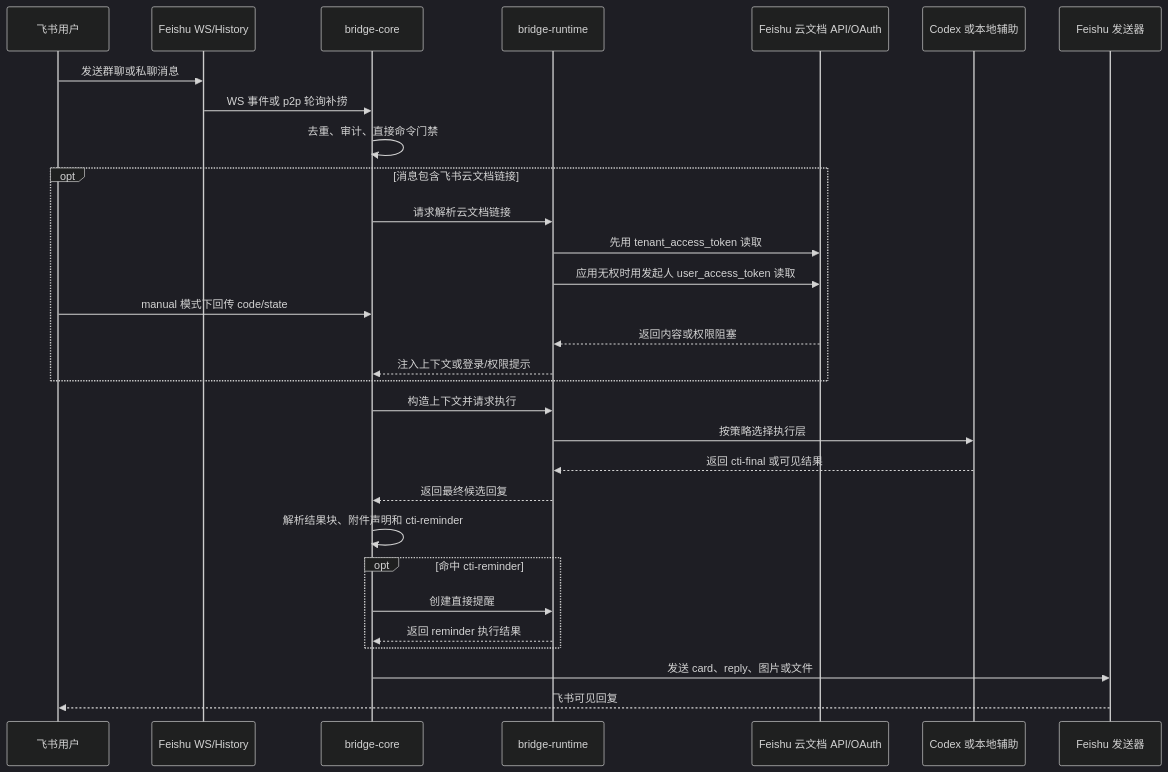
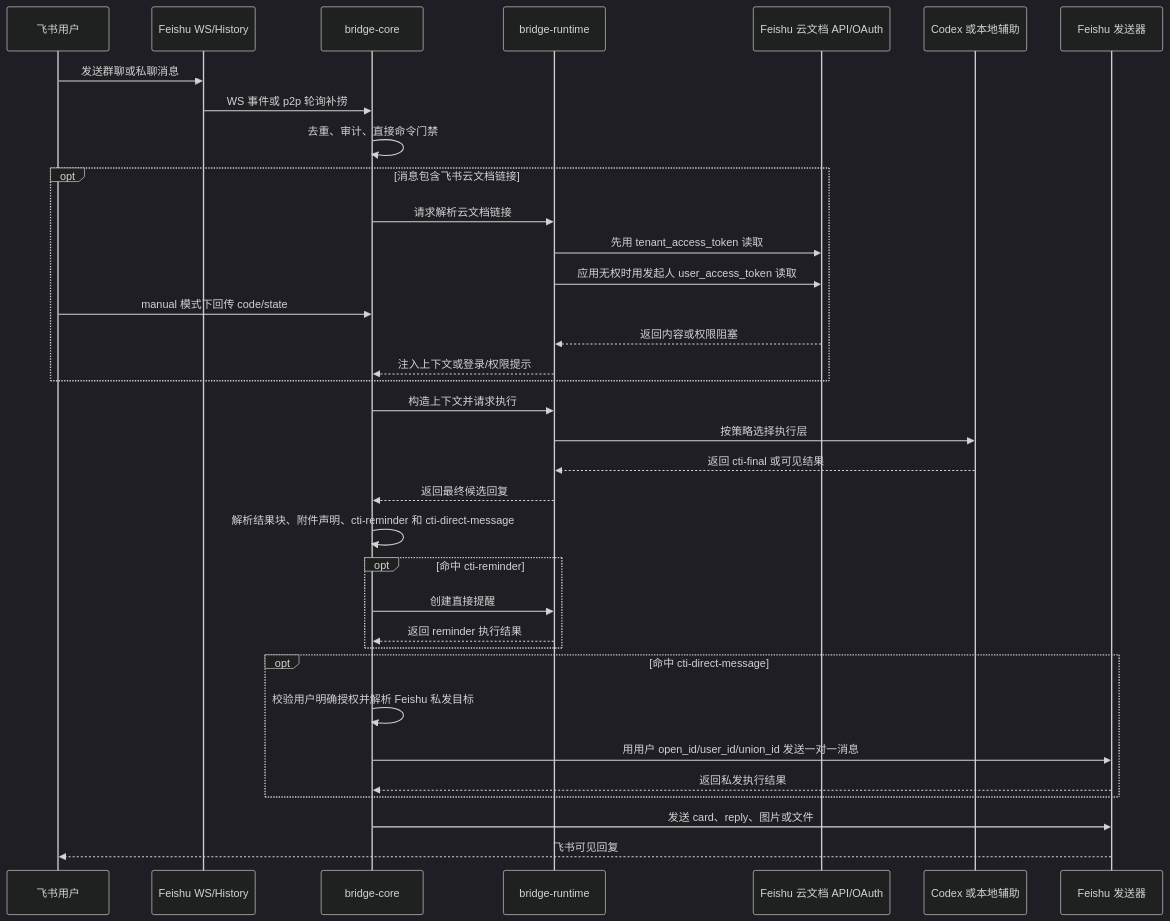
The third of 9 diagrams in docs/PROJECT-ARCHITECTURE.md (dddfuxi/codex-im-suite), drawn with Mermaid (dark theme) before and after one commit. The commit also changed other lines of this file and 9 other files, not shown here.

````diff
--- a/docs/PROJECT-ARCHITECTURE.md
+++ b/docs/PROJECT-ARCHITECTURE.md
@@ -100,33 +101,38 @@
 ```mermaid
 sequenceDiagram
   participant User as 飞书用户
   participant Feishu as Feishu WS/History
   participant Core as bridge-core
   participant Runtime as bridge-runtime
   participant Cloud as Feishu 云文档 API/OAuth
   participant Provider as Codex 或本地辅助
   participant Sender as Feishu 发送器
 
   User->>Feishu: 发送群聊或私聊消息
   Feishu->>Core: WS 事件或 p2p 轮询补捞
   Core->>Core: 去重、审计、直接命令门禁
   opt 消息包含飞书云文档链接
     Core->>Runtime: 请求解析云文档链接
     Runtime->>Cloud: 先用 tenant_access_token 读取
     Runtime->>Cloud: 应用无权时用发起人 user_access_token 读取
     User->>Core: manual 模式下回传 code/state
     Cloud-->>Runtime: 返回内容或权限阻塞
     Runtime-->>Core: 注入上下文或登录/权限提示
   end
   Core->>Runtime: 构造上下文并请求执行
   Runtime->>Provider: 按策略选择执行层
   Provider-->>Runtime: 返回 cti-final 或可见结果
   Runtime-->>Core: 返回最终候选回复
-  Core->>Core: 解析结果块、附件声明和 cti-reminder
+  Core->>Core: 解析结果块、附件声明、cti-reminder 和 cti-direct-message
   opt 命中 cti-reminder
     Core->>Runtime: 创建直接提醒
     Runtime-->>Core: 返回 reminder 执行结果
   end
+  opt 命中 cti-direct-message
+    Core->>Core: 校验用户明确授权并解析 Feishu 私发目标
+    Core->>Sender: 用用户 open_id/user_id/union_id 发送一对一消息
+    Sender-->>Core: 返回私发执行结果
+  end
   Core->>Sender: 发送 card、reply、图片或文件
   Sender-->>User: 飞书可见回复
 ```
````
